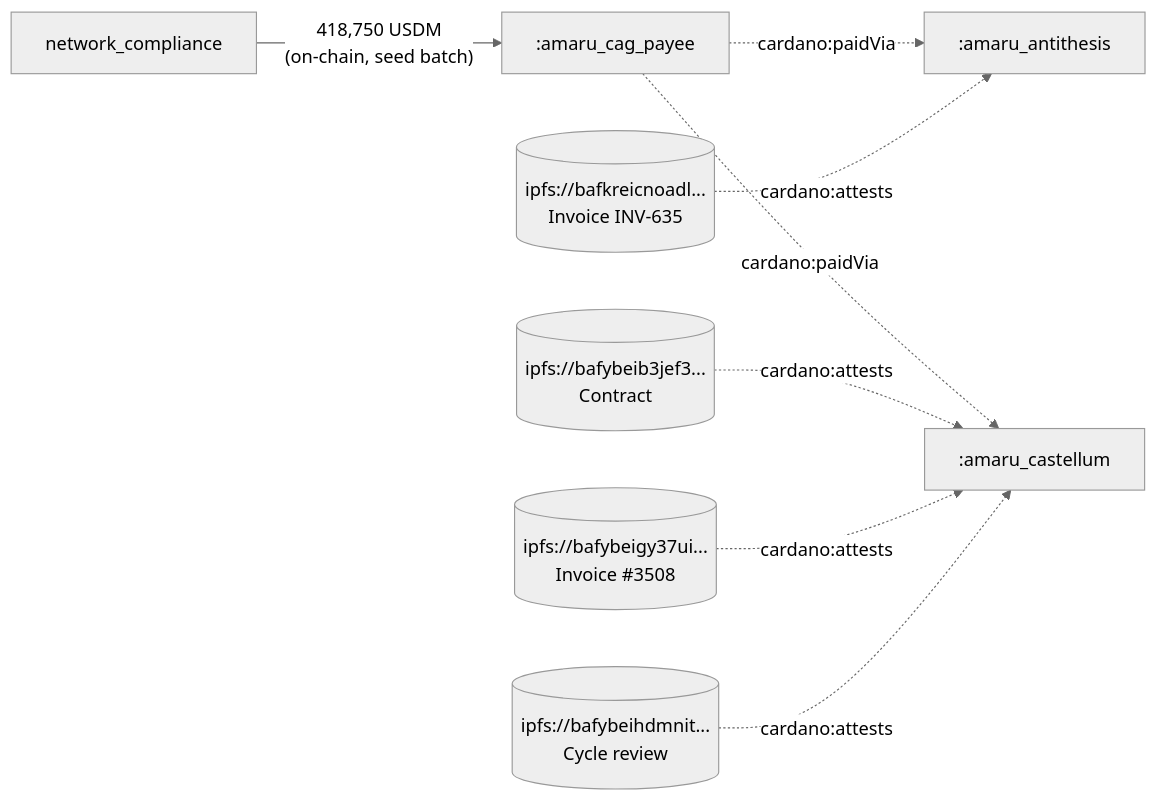
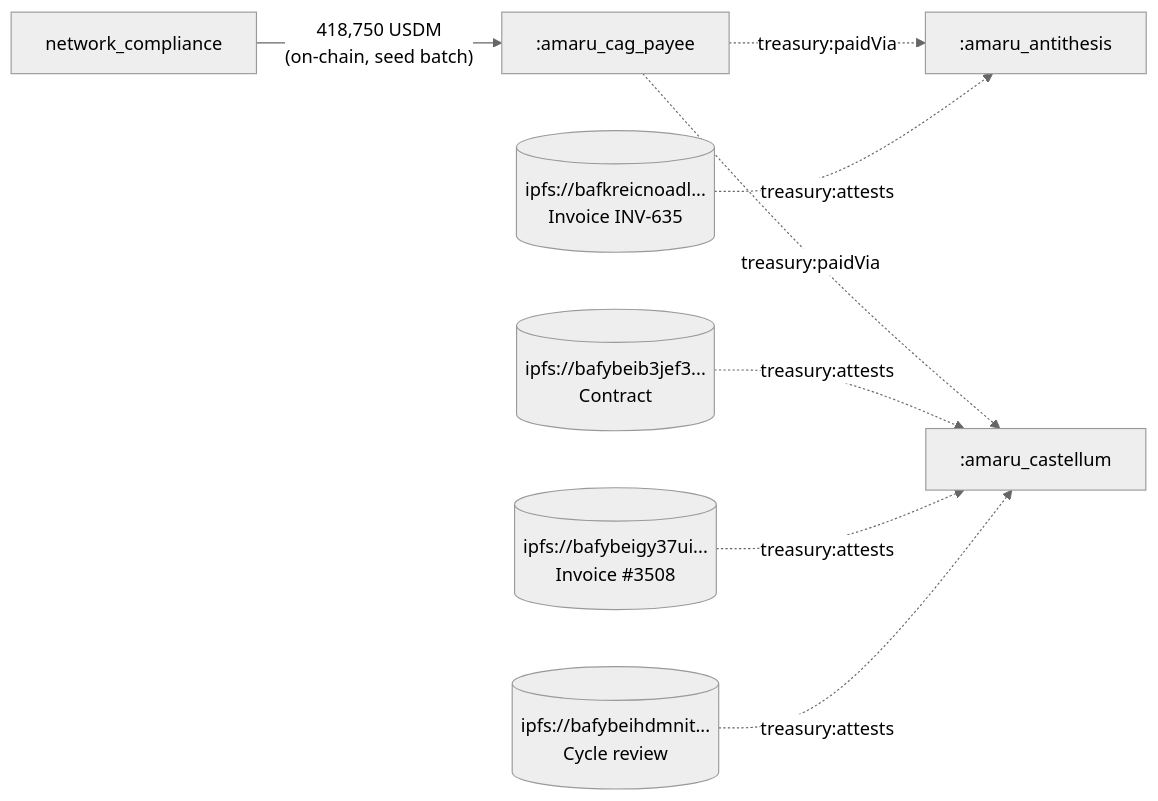
The diagram in docs/case-studies/2026-05-amaru-treasury/queries/q5-vendor-payment-chain.md (lambdasistemi/cardano-ledger-rdf), drawn with Mermaid (neutral theme) before and after one commit. The commit also changed other lines of this file and 13 other files, not shown here.

First line of the commit message:
feat(vocab): split treasury overlay predicates out of cardano namespace

````diff
--- a/docs/case-studies/2026-05-amaru-treasury/queries/q5-vendor-payment-chain.md
+++ b/docs/case-studies/2026-05-amaru-treasury/queries/q5-vendor-payment-chain.md
@@ -87,10 +88,10 @@
 ```mermaid
 flowchart LR
   netcomp["network_compliance"] -->|"418,750 USDM<br/>(on-chain, seed batch)"| cag[":amaru_cag_payee"]
-  cag -.->|cardano:paidVia| ant[":amaru_antithesis"]
-  cag -.->|cardano:paidVia| cast[":amaru_castellum"]
-  i1[("ipfs://bafkreicnoadl...<br/>Invoice INV-635")] -.->|cardano:attests| ant
-  i2[("ipfs://bafybeib3jef3...<br/>Contract")] -.->|cardano:attests| cast
-  i3[("ipfs://bafybeigy37ui...<br/>Invoice #3508")] -.->|cardano:attests| cast
-  i4[("ipfs://bafybeihdmnit...<br/>Cycle review")] -.->|cardano:attests| cast
+  cag -.->|treasury:paidVia| ant[":amaru_antithesis"]
+  cag -.->|treasury:paidVia| cast[":amaru_castellum"]
+  i1[("ipfs://bafkreicnoadl...<br/>Invoice INV-635")] -.->|treasury:attests| ant
+  i2[("ipfs://bafybeib3jef3...<br/>Contract")] -.->|treasury:attests| cast
+  i3[("ipfs://bafybeigy37ui...<br/>Invoice #3508")] -.->|treasury:attests| cast
+  i4[("ipfs://bafybeihdmnit...<br/>Cycle review")] -.->|treasury:attests| cast
 ```
````
